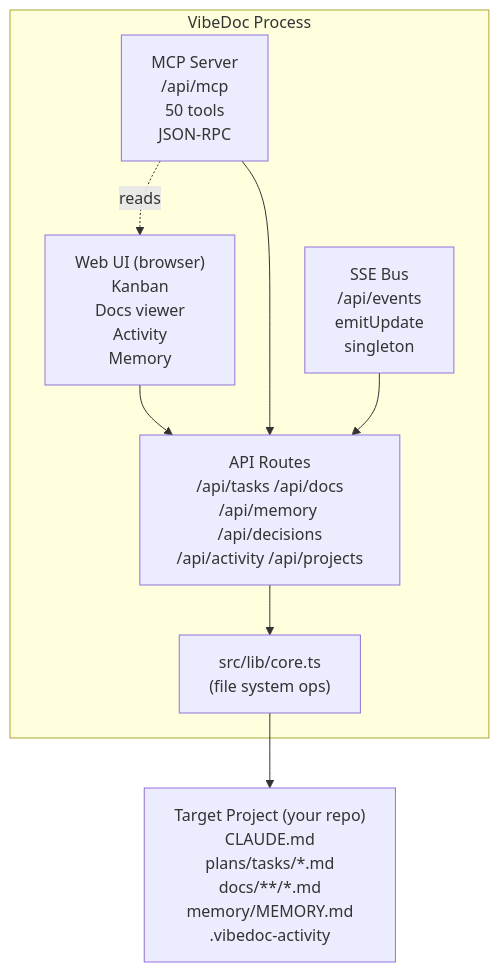
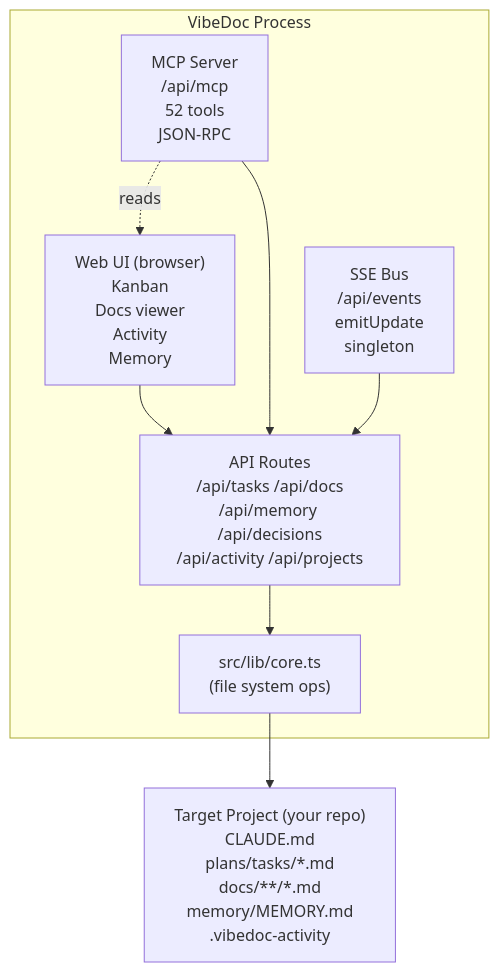
The diagram in docs/architecture/01-overview/DOMAIN_MAP.md (quanghoangf/vibedoc), drawn with Mermaid before and after one commit. The commit also changed 18 other files, not shown here.

Commit message:
feat(workers): run card routed by the server, existing workers, list_workers and propose_run MCP tools (T561)

````diff
--- a/docs/architecture/01-overview/DOMAIN_MAP.md
+++ b/docs/architecture/01-overview/DOMAIN_MAP.md
@@ -6,22 +6,22 @@
 ```mermaid
 graph TB
     subgraph VibeDoc["VibeDoc Process"]
         WebUI["Web UI (browser)<br/>Kanban<br/>Docs viewer<br/>Activity<br/>Memory"]
-        MCP["MCP Server<br/>/api/mcp<br/>50 tools<br/>JSON-RPC"]
+        MCP["MCP Server<br/>/api/mcp<br/>52 tools<br/>JSON-RPC"]
         SSE["SSE Bus<br/>/api/events<br/>emitUpdate<br/>singleton"]
 
         API["API Routes<br/>/api/tasks /api/docs<br/>/api/memory /api/decisions<br/>/api/activity /api/projects"]
 
         Core["src/lib/core.ts<br/>(file system ops)"]
 
         MCP -.->|reads| WebUI
         WebUI --> API
         MCP --> API
         SSE --> API
         API --> Core
     end
 
     Project["Target Project (your repo)<br/>CLAUDE.md<br/>plans/tasks/*.md<br/>docs/**/*.md<br/>memory/MEMORY.md<br/>.vibedoc-activity"]
 
     Core --> Project
 ```
````
